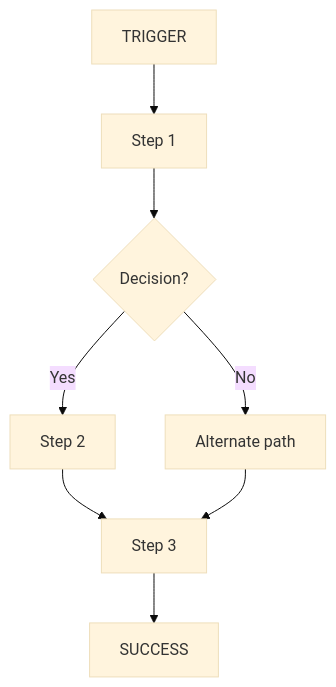
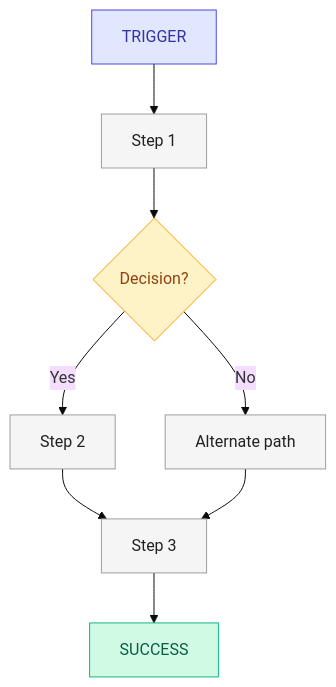
One commit to smileynet/ui-optimizer changed the diagram in docs/workflow/phases/03-explore.md. Above: the diagram before and after it, drawn with Mermaid (base theme). The commit also changed 8 other files, not shown here.

First line of the commit message:
feat: add diagram best practices and consistent styling

````diff
--- a/docs/workflow/phases/03-explore.md
+++ b/docs/workflow/phases/03-explore.md
@@ -46,18 +46,23 @@
 ```mermaid
 flowchart TB
-    TRIGGER[TRIGGER]
-    S1[Step 1]
-    DEC{Decision?}
-    S2[Step 2]
-    ALT[Alternate path]
-    S3[Step 3]
-    SUCCESS[SUCCESS]
+    classDef trigger fill:#E0E7FF,stroke:#4F46E5,color:#3730A3
+    classDef step fill:#F5F5F5,stroke:#9E9E9E,color:#212121
+    classDef decision fill:#FEF3C7,stroke:#F59E0B,color:#92400E
+    classDef success fill:#D1FAE5,stroke:#10B981,color:#065F46
+    
+    TRIGGER[TRIGGER]:::trigger
+    S1[Step 1]:::step
+    DEC{Decision?}:::decision
+    S2[Step 2]:::step
+    ALT[Alternate path]:::step
+    S3[Step 3]:::step
+    SUCCESS[SUCCESS]:::success
     
     TRIGGER --> S1
     S1 --> DEC
     DEC -->|Yes| S2
     DEC -->|No| ALT
     S2 --> S3
     ALT --> S3
     S3 --> SUCCESS
 ```
````
